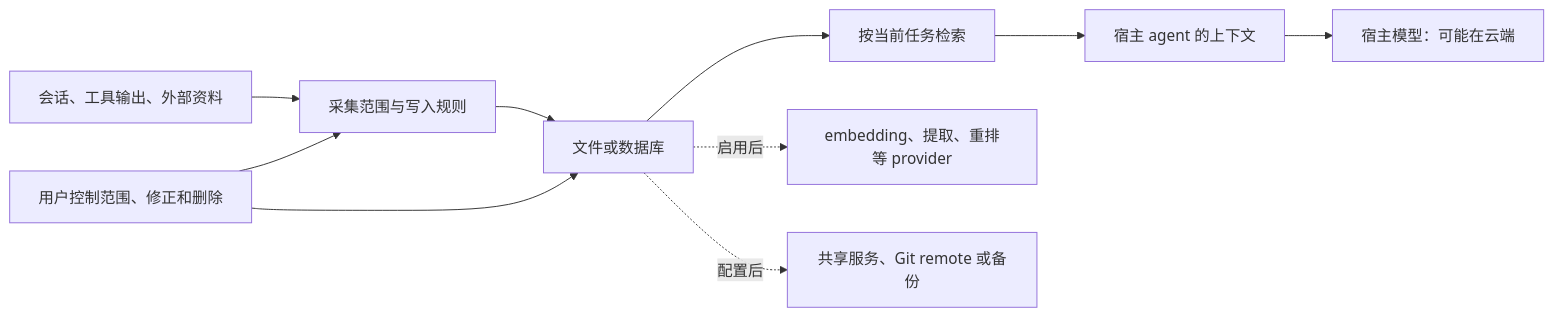
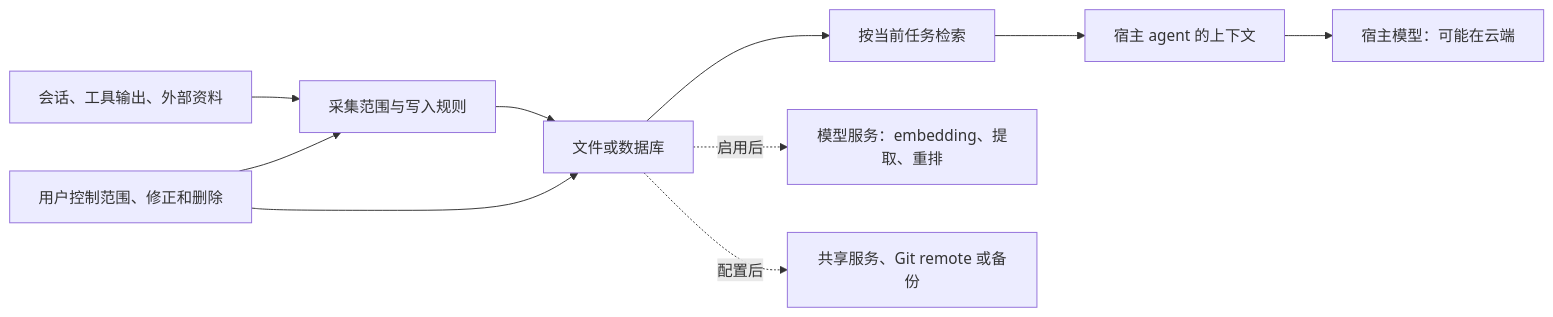
Before and after one commit to PerfectPan/wiki: the second of 2 diagrams in wiki/syntheses/ai/agent-memory-implementation.md, drawn with Mermaid. The commit also changed other lines of this file and 7 other files, not shown here.

````diff
--- a/wiki/syntheses/ai/agent-memory-implementation.md
+++ b/wiki/syntheses/ai/agent-memory-implementation.md
@@ -119,12 +185,12 @@
 ```mermaid
 flowchart LR
     Logs["会话、工具输出、外部资料"] --> Capture["采集范围与写入规则"]
     Capture --> Store["文件或数据库"]
     Store --> Recall["按当前任务检索"]
     Recall --> Context["宿主 agent 的上下文"]
     Context --> Model["宿主模型：可能在云端"]
-    Store -. 启用后 .-> Provider["embedding、提取、重排等 provider"]
+    Store -. 启用后 .-> Provider["模型服务：embedding、提取、重排"]
     Store -. 配置后 .-> Remote["共享服务、Git remote 或备份"]
     User["用户控制范围、修正和删除"] --> Capture
     User --> Store
 ```
````
